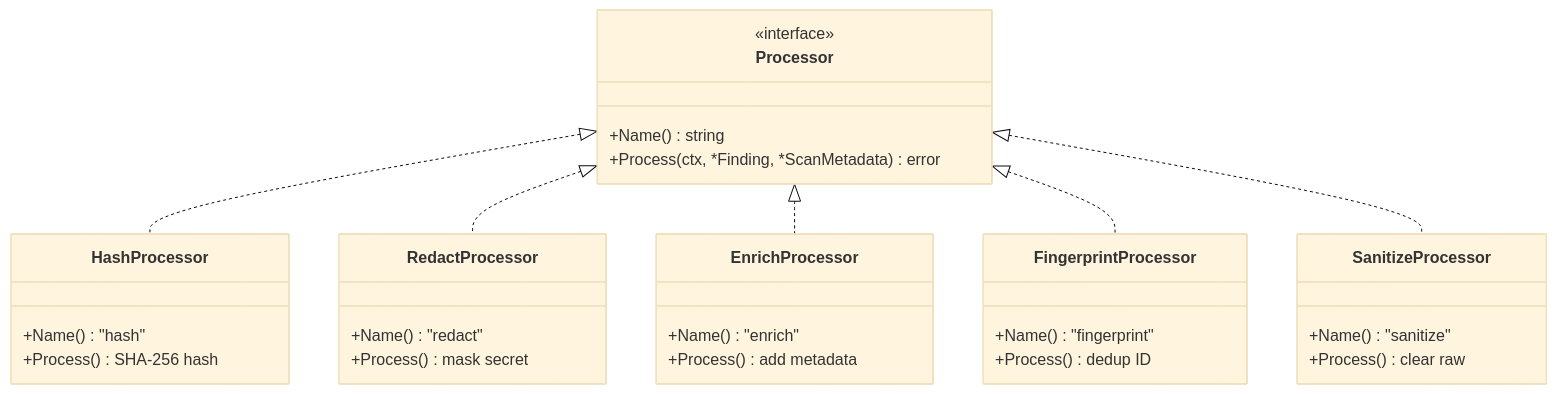
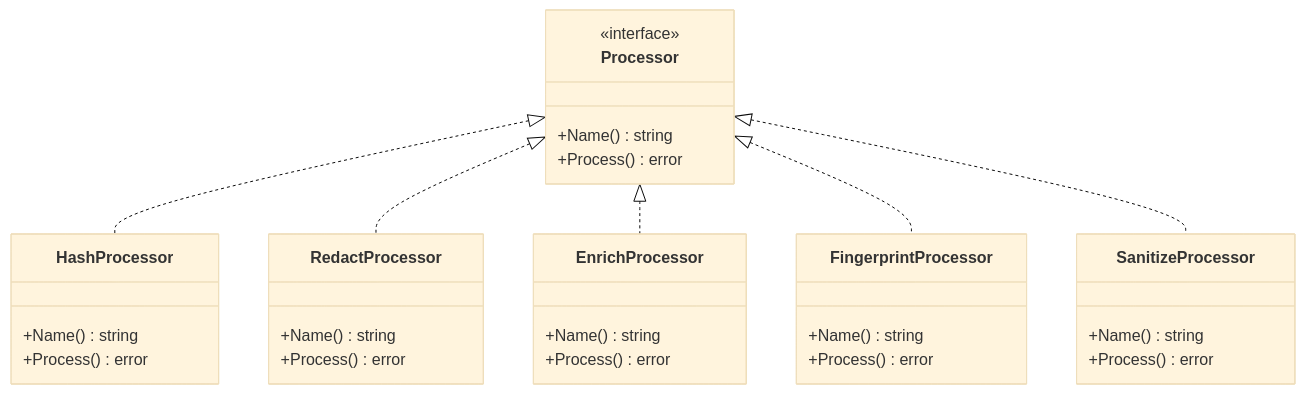
Diagram 50 of 60 in docs/training/00-System-Design.md (svemulapati/CredVigil), drawn with Mermaid (base theme) before and after one commit. The commit also changed other lines of this file, not shown here.

````diff
--- a/docs/training/00-System-Design.md
+++ b/docs/training/00-System-Design.md
@@ -2077,35 +2077,35 @@
 ```mermaid
 classDiagram
     class Processor {
         <<interface>>
         +Name() string
-        +Process(ctx, *Finding, *ScanMetadata) error
+        +Process() error
     }
 
     class HashProcessor {
-        +Name() "hash"
-        +Process() SHA-256 hash
+        +Name() string
+        +Process() error
     }
     class RedactProcessor {
-        +Name() "redact"
-        +Process() mask secret
+        +Name() string
+        +Process() error
     }
     class EnrichProcessor {
-        +Name() "enrich"
-        +Process() add metadata
+        +Name() string
+        +Process() error
     }
     class FingerprintProcessor {
-        +Name() "fingerprint"
-        +Process() dedup ID
+        +Name() string
+        +Process() error
     }
     class SanitizeProcessor {
-        +Name() "sanitize"
-        +Process() clear raw
+        +Name() string
+        +Process() error
     }
 
     Processor <|.. HashProcessor
     Processor <|.. RedactProcessor
     Processor <|.. EnrichProcessor
     Processor <|.. FingerprintProcessor
     Processor <|.. SanitizeProcessor
 ```
````
